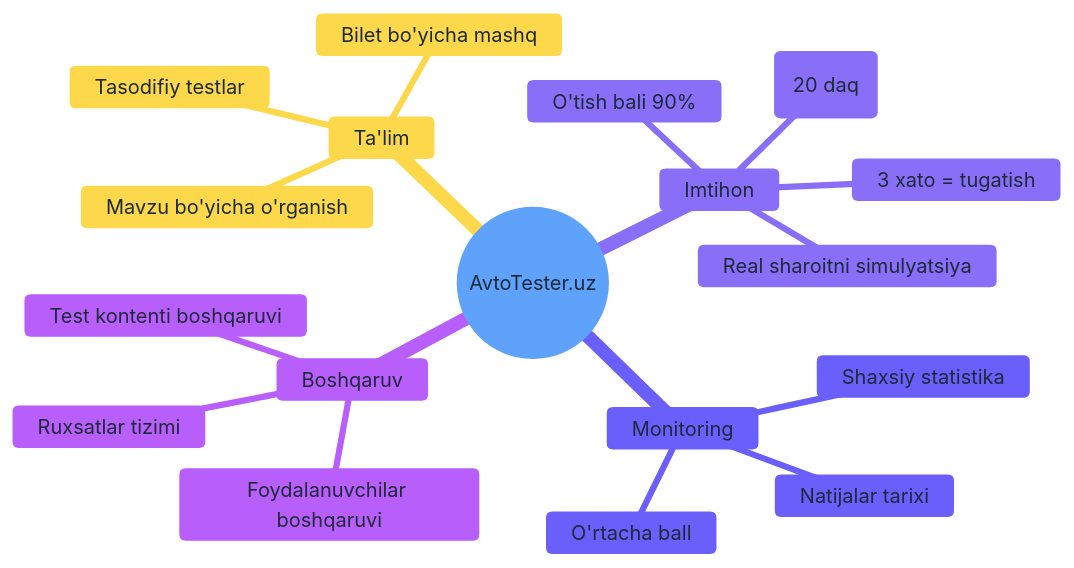
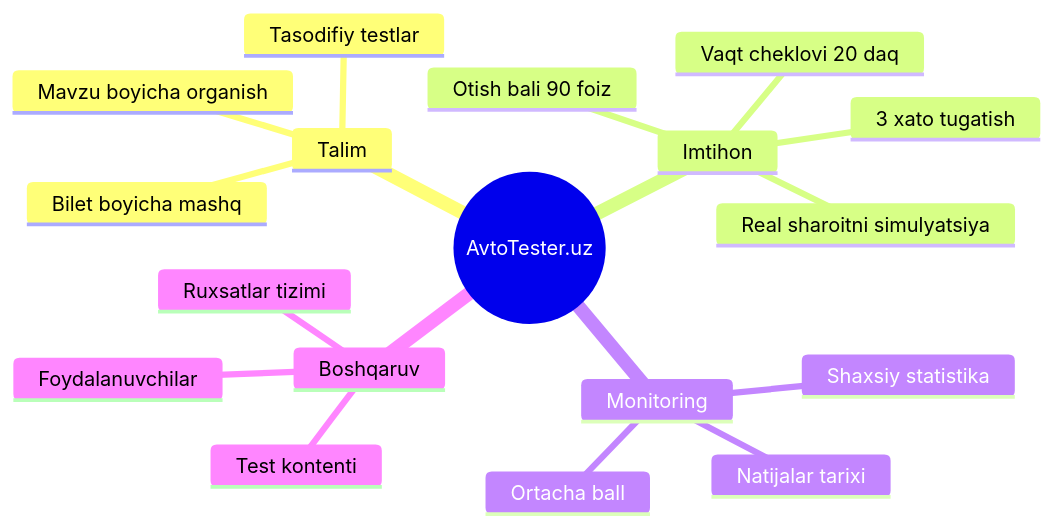
Before and after one commit to khismoiloff/BrpAvtoTest: the first of 18 diagrams in README.md, drawn with Mermaid. The commit also changed other lines of this file, not shown here.

````diff
--- a/README.md
+++ b/README.md
@@ -57,22 +57,22 @@
 ```mermaid
-%%{init: {'theme': 'base', 'themeVariables': {'background': '#ffffff', 'primaryColor': '#dbeafe', 'primaryTextColor': '#1e293b', 'primaryBorderColor': '#93c5fd', 'lineColor': '#64748b', 'secondaryColor': '#fef3c7', 'tertiaryColor': '#ede9fe', 'fontFamily': 'sans-serif'}}}%%
+%%{init: {'theme': 'default'}}%%
 mindmap
   root((AvtoTester.uz))
-    Ta'lim
-      Mavzu bo'yicha o'rganish
-      Bilet bo'yicha mashq
+    Talim
+      Mavzu boyicha organish
+      Bilet boyicha mashq
       Tasodifiy testlar
     Imtihon
       Real sharoitni simulyatsiya
-      Vaqt cheklovi (20 daq)
-      3 xato = tugatish
-      O'tish bali 90%
+      Vaqt cheklovi 20 daq
+      3 xato tugatish
+      Otish bali 90 foiz
     Monitoring
       Shaxsiy statistika
       Natijalar tarixi
-      O'rtacha ball
+      Ortacha ball
     Boshqaruv
-      Foydalanuvchilar boshqaruvi
-      Test kontenti boshqaruvi
+      Foydalanuvchilar
+      Test kontenti
       Ruxsatlar tizimi
 ```
````
